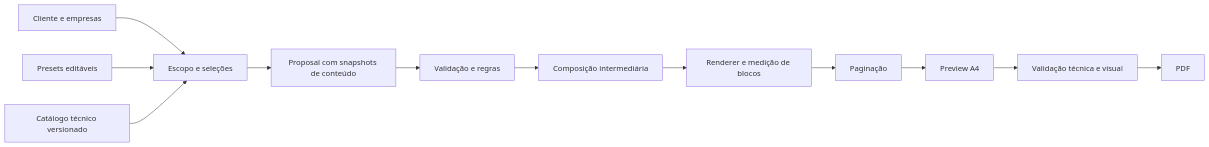
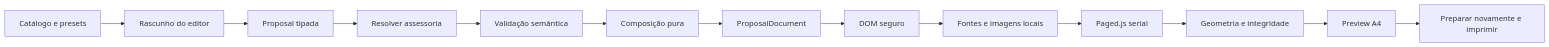
Before and after one commit to NataNS040/Fatasma040: the diagram in gerador/V2-ARCHITECTURE.md, drawn with Mermaid. The commit also changed other lines of this file and 337 other files, not shown here.

First line of the commit message:
feat(tests): add architecture and regression tests for V2

````diff
--- a/gerador/V2-ARCHITECTURE.md
+++ b/gerador/V2-ARCHITECTURE.md
@@ -118,14 +26,15 @@
 ```mermaid
 flowchart LR
-    A[Cliente e empresas] --> B[Escopo e seleções]
-    P[Presets editáveis] --> B
-    C[Catálogo técnico versionado] --> B
-    B --> D[Proposal com snapshots de conteúdo]
-    D --> E[Validação e regras]
-    E --> F[Composição intermediária]
-    F --> G[Renderer e medição de blocos]
-    G --> H[Paginação]
-    H --> I[Preview A4]
-    I --> J[Validação técnica e visual]
-    J --> K[PDF]
+    Catalog[Catálogo e presets] --> Draft[Rascunho do editor]
+    Draft --> Proposal[Proposal tipada]
+    Proposal --> Config[Resolver assessoria]
+    Config --> Validate[Validação semântica]
+    Validate --> Composer[Composição pura]
+    Composer --> Document[ProposalDocument]
+    Document --> Renderer[DOM seguro]
+    Renderer --> Assets[Fontes e imagens locais]
+    Assets --> Paginator[Paged.js serial]
+    Paginator --> Inspect[Geometria e integridade]
+    Inspect --> Preview[Preview A4]
+    Preview --> Print[Preparar novamente e imprimir]
 ```
````
